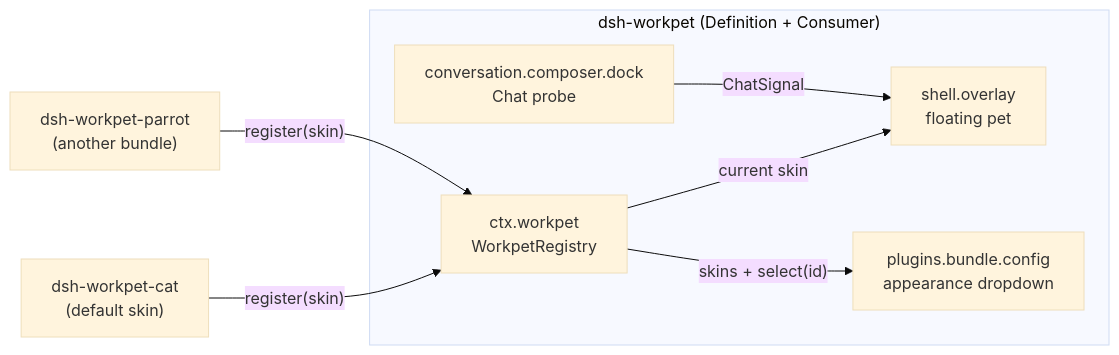
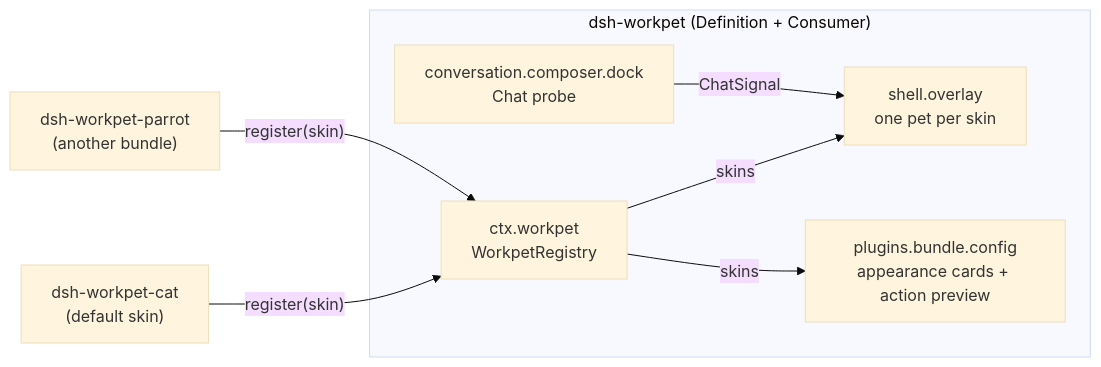
One commit to lastorder/dsh-workpet changed the diagram in docs/architecture.md. Above: the diagram before and after it, drawn with Mermaid (base theme). The commit also changed other lines of this file and 39 other files, not shown here.

````diff
--- a/docs/architecture.md
+++ b/docs/architecture.md
@@ -31,14 +31,14 @@
 ```mermaid
 flowchart LR
   subgraph def["dsh-workpet (Definition + Consumer)"]
     R["ctx.workpet<br/>WorkpetRegistry"]
-    O["shell.overlay<br/>floating pet"]
+    O["shell.overlay<br/>one pet per skin"]
     PR["conversation.composer.dock<br/>Chat probe"]
-    CP["plugins.bundle.config<br/>appearance dropdown"]
+    CP["plugins.bundle.config<br/>appearance cards + action preview"]
   end
   CAT["dsh-workpet-cat<br/>(default skin)"] -- "register(skin)" --> R
   PAR["dsh-workpet-parrot<br/>(another bundle)"] -- "register(skin)" --> R
-  R -- "current skin" --> O
-  R -- "skins + select(id)" --> CP
+  R -- "skins" --> O
+  R -- "skins" --> CP
   PR -- "ChatSignal" --> O
 ```
````
